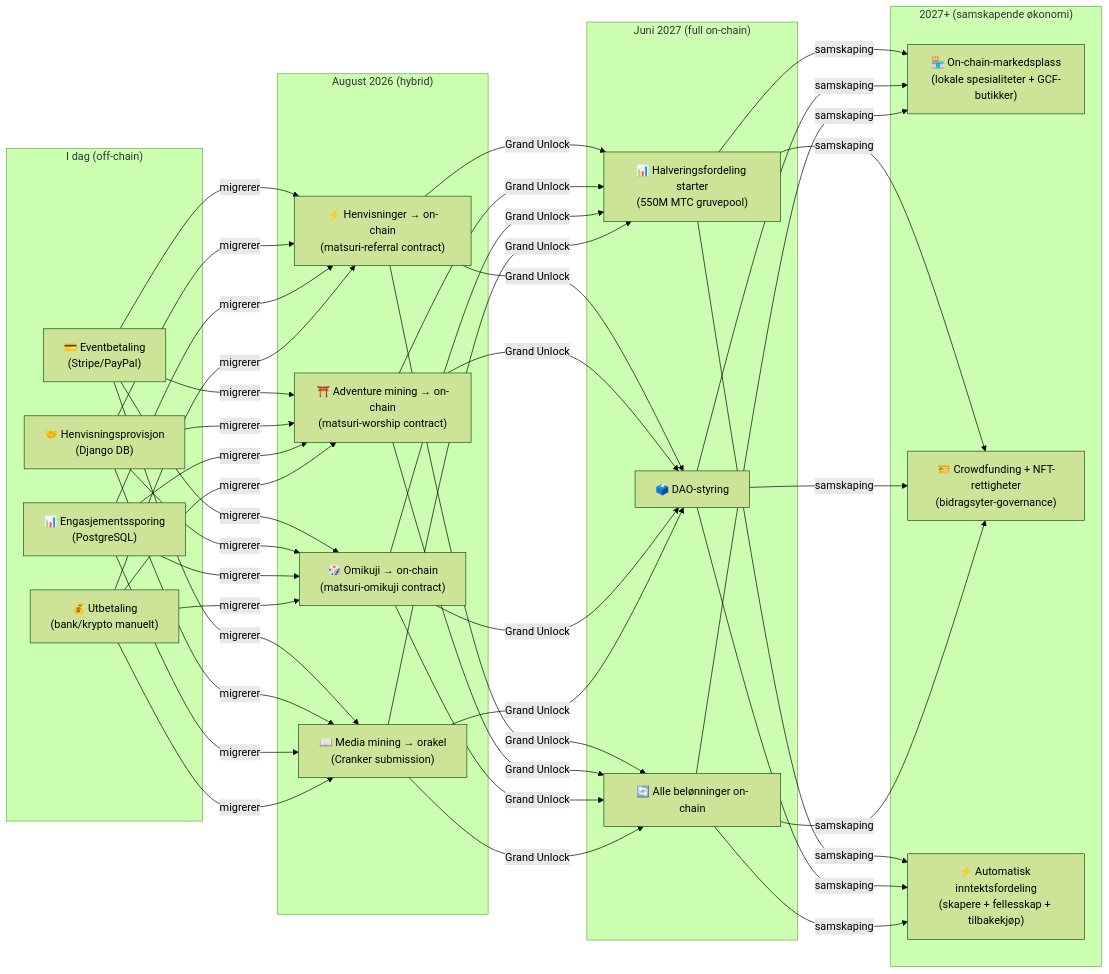
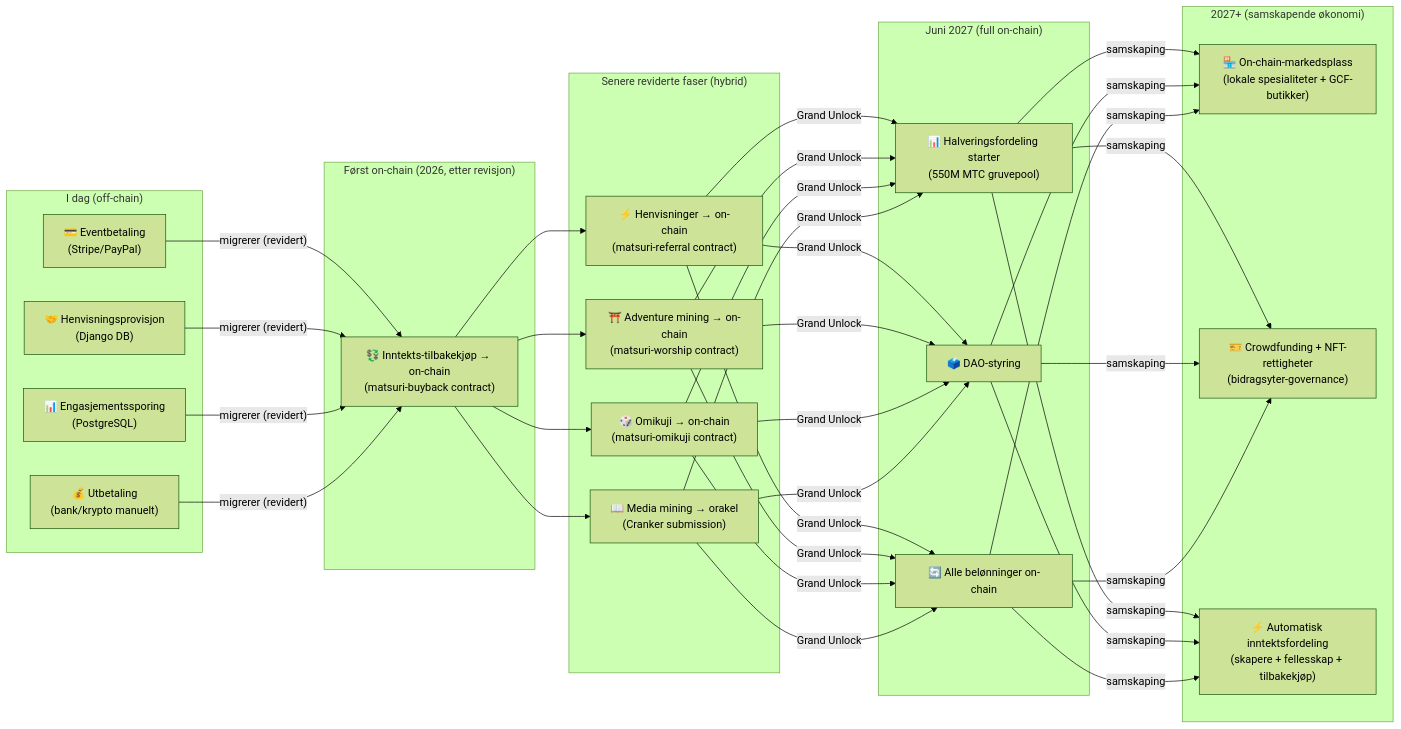
The fourth of 4 diagrams in i18n/nb/docusaurus-plugin-content-docs/current/04-mining.md (Cootakahashi/matsuri-dao-whitepaper), drawn with Mermaid (forest theme) before and after one commit. The commit also changed other lines of this file and 79 other files, not shown here.

First line of the commit message:
docs: re-sequence on-chain roadmap to match the staged Hashlock audit (20 locales)

````diff
--- a/i18n/nb/docusaurus-plugin-content-docs/current/04-mining.md
+++ b/i18n/nb/docusaurus-plugin-content-docs/current/04-mining.md
@@ -334,28 +344,32 @@
 ```mermaid
 graph LR
     subgraph "I dag (off-chain)"
         O1["💳 Eventbetaling\n(Stripe/PayPal)"]
         O2["🤝 Henvisningsprovisjon\n(Django DB)"]
         O3["📊 Engasjementssporing\n(PostgreSQL)"]
         O4["💰 Utbetaling\n(bank/krypto manuelt)"]
     end
-    subgraph "August 2026 (hybrid)"
+    subgraph "Først on-chain (2026, etter revisjon)"
+        H0["💱 Inntekts-tilbakekjøp → on-chain\n(matsuri-buyback contract)"]
+    end
+    subgraph "Senere reviderte faser (hybrid)"
         H1["⚡ Henvisninger → on-chain\n(matsuri-referral contract)"]
         H2["⛩️ Adventure mining → on-chain\n(matsuri-worship contract)"]
         H3["🎲 Omikuji → on-chain\n(matsuri-omikuji contract)"]
         H4["📖 Media mining → orakel\n(Cranker submission)"]
     end
     subgraph "Juni 2027 (full on-chain)"
         F1["📊 Halveringsfordeling starter\n(550M MTC gruvepool)"]
         F2["🗳️ DAO-styring"]
         F3["🔄 Alle belønninger on-chain"]
     end
     subgraph "2027+ (samskapende økonomi)"
         G1["🏪 On-chain-markedsplass\n(lokale spesialiteter + GCF-butikker)"]
         G2["🎫 Crowdfunding + NFT-rettigheter\n(bidragsyter-governance)"]
         G3["⚡ Automatisk inntektsfordeling\n(skapere + fellesskap + tilbakekjøp)"]
     end
-    O1 & O2 & O3 & O4 -->|"migrerer"| H1 & H2 & H3 & H4
+    O1 & O2 & O3 & O4 -->|"migrerer (revidert)"| H0
+    H0 --> H1 & H2 & H3 & H4
     H1 & H2 & H3 & H4 -->|"Grand Unlock"| F1 & F2 & F3
     F1 & F2 & F3 -->|"samskaping"| G1 & G2 & G3
 ```
````
